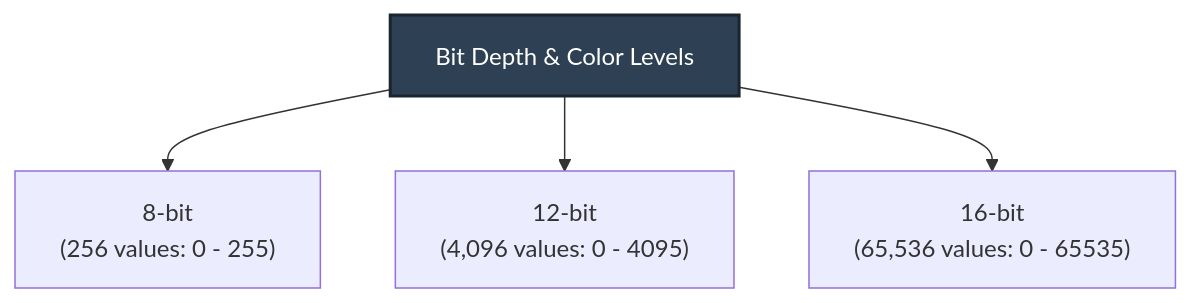
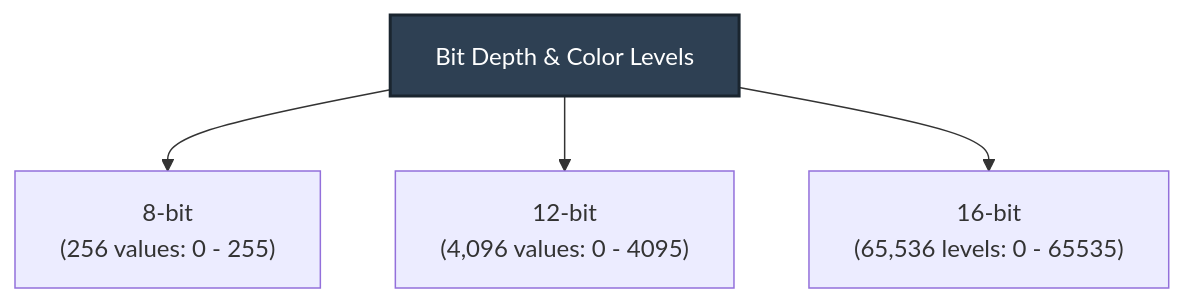
Before and after one commit to Rotten-Grapes-Pvt-Ltd/QGIS-WECS: the second of 2 diagrams in docs/day2/03_satellite_characteristics.md, drawn with Mermaid. The commit also changed other lines of this file and 1 other file, not shown here.

````diff
--- a/docs/day2/03_satellite_characteristics.md
+++ b/docs/day2/03_satellite_characteristics.md
@@ -111,8 +123,8 @@
 ```mermaid
 graph TD
     Bit["Bit Depth & Color Levels"] --> B8["8-bit<br/>(256 values: 0 - 255)"]
     Bit --> B12["12-bit<br/>(4,096 values: 0 - 4095)"]
-    Bit --> B16["16-bit<br/>(65,536 values: 0 - 65535)"]
+    Bit --> B16["16-bit<br/>(65,536 levels: 0 - 65535)"]
 
     style Bit fill:#2e4053,color:#fff,stroke:#1a252f,stroke-width:2px
 ```
````
